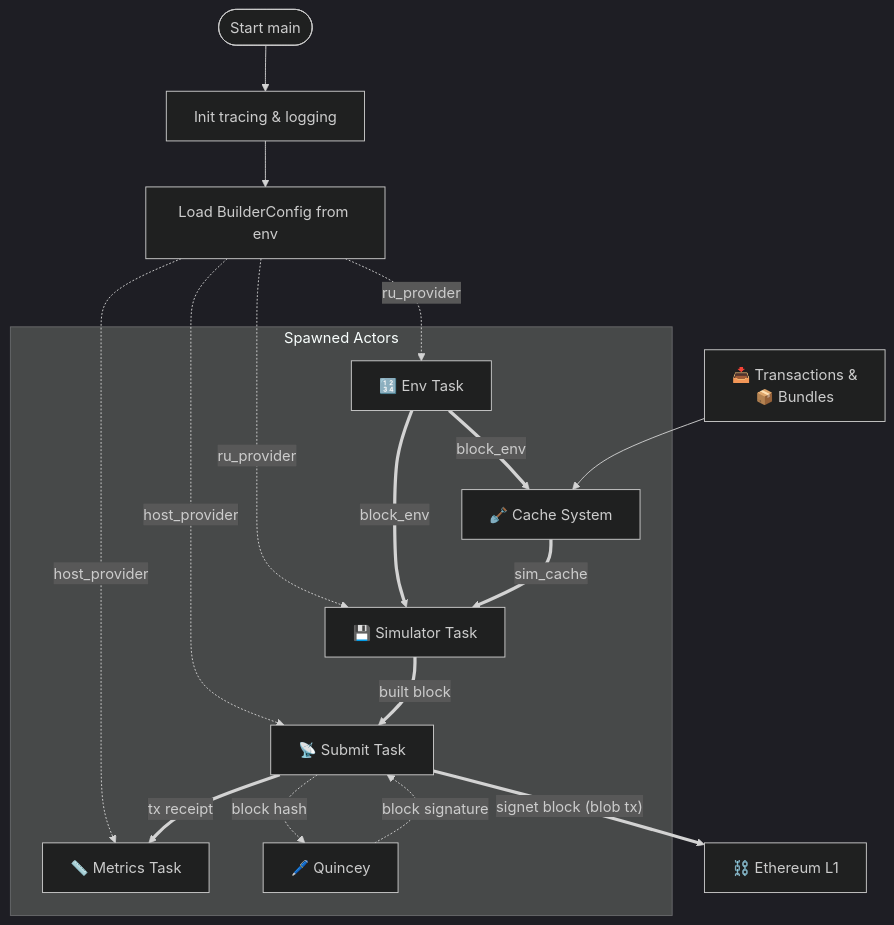
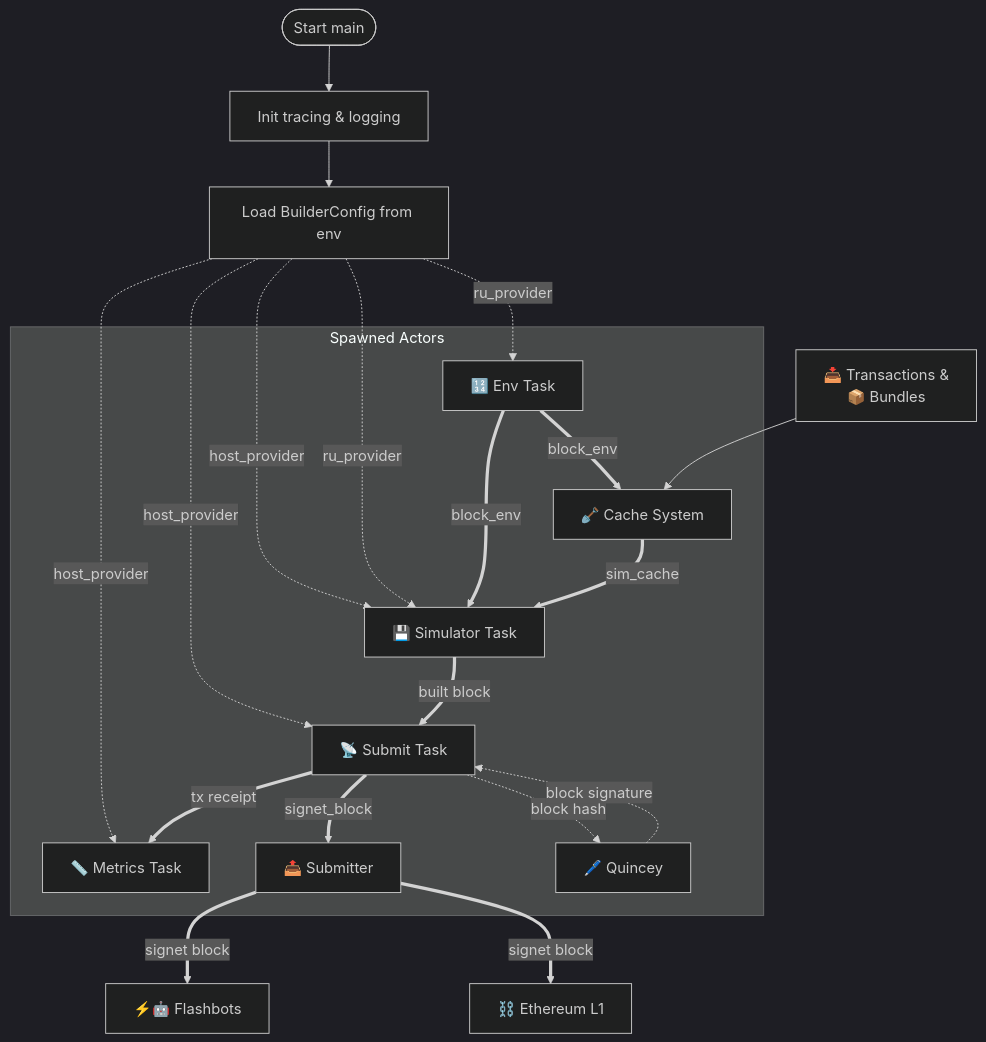
The diagram in README.md (init4tech/builder), drawn with Mermaid before and after one commit. The commit also changed other lines of this file, not shown here.

Commit message:
docs: update README with Flashbots architecture changes

````diff
--- a/README.md
+++ b/README.md
@@ -19,36 +21,41 @@
 ```mermaid
 %%{ init : { "theme" : "dark" } }%%
 flowchart TD
     %% ────────────── INITIALIZATION ──────────────
     A0(["Start main"]) --> A1[Init tracing & logging]
     A1 --> A2_BuilderConfig[Load BuilderConfig from env]
     
     %% ────────────── CORE TASK SPAWNS ──────────────
     subgraph Tasks_Spawned["Spawned Actors"]
         EnvTaskActor["🔢 Env Task"] ==block_env==> CacheSystem
         CacheSystem["🪏 Cache System"]
         MetricsTaskActor["📏 Metrics Task"]
         SubmitTaskActor["📡 Submit Task "]
         SimulatorTaskActor["💾 Simulator Task"]
+        Submitter["📤 Submitter"]
         Quincey["🖊️ Quincey"]
 
         SubmitTaskActor -.block hash.-> Quincey
         Quincey -.block signature.-> SubmitTaskActor
     end
 
     %% ────────────── CONNECTIONS & DATA FLOW ──────────────
     A2_BuilderConfig -.host_provider.-> MetricsTaskActor
     A2_BuilderConfig -.host_provider.->SubmitTaskActor
+    A2_BuilderConfig -.host_provider.-> SimulatorTaskActor
     A2_BuilderConfig -.ru_provider.-> SimulatorTaskActor
     A2_BuilderConfig -.ru_provider.-> EnvTaskActor
 
     A3["📥 Transactions &
     📦 Bundles"] --> CacheSystem
 
     EnvTaskActor ==block_env==> SimulatorTaskActor
     CacheSystem ==sim_cache ==> SimulatorTaskActor
+
     SubmitTaskActor ==tx receipt==> MetricsTaskActor
     SimulatorTaskActor ==built block==> SubmitTaskActor
 
-    SubmitTaskActor ==>|"signet block (blob tx)"| C1["⛓️ Ethereum L1"]
+    SubmitTaskActor ==signet_block==> Submitter
+    Submitter ==>|"signet block"| C2["⚡🤖 Flashbots"]
+    Submitter ==>|"signet block"| C1["⛓️ Ethereum L1"]
 ```
````
